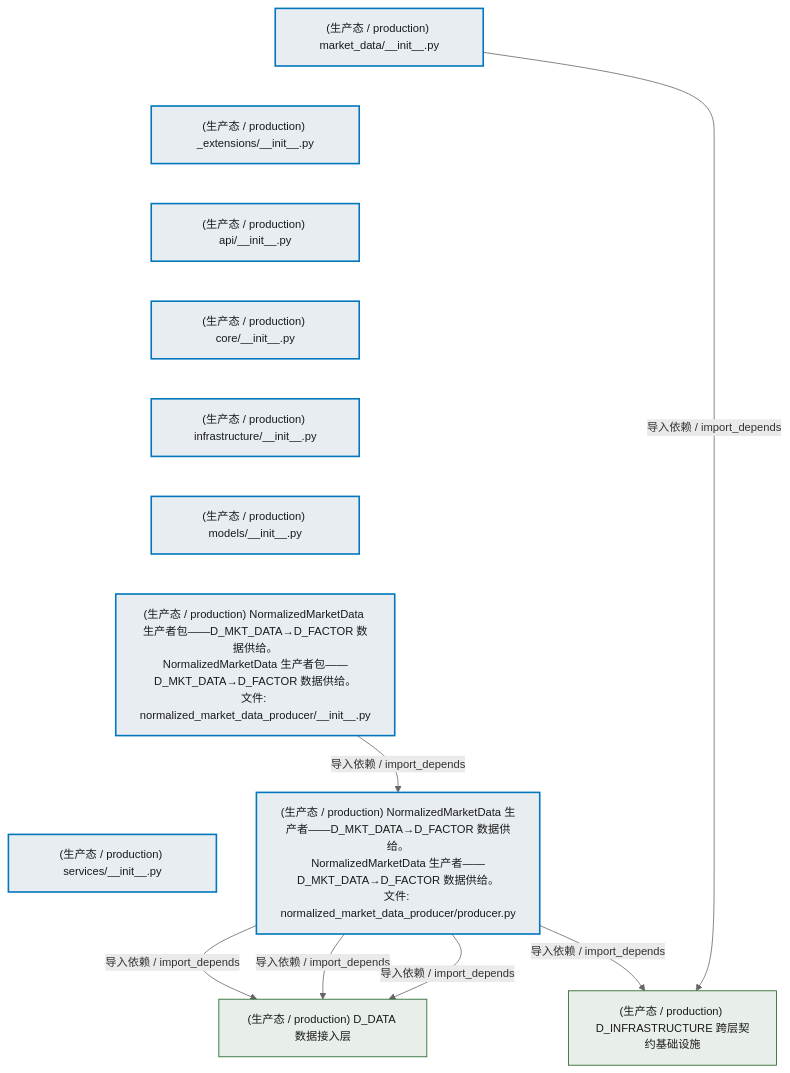
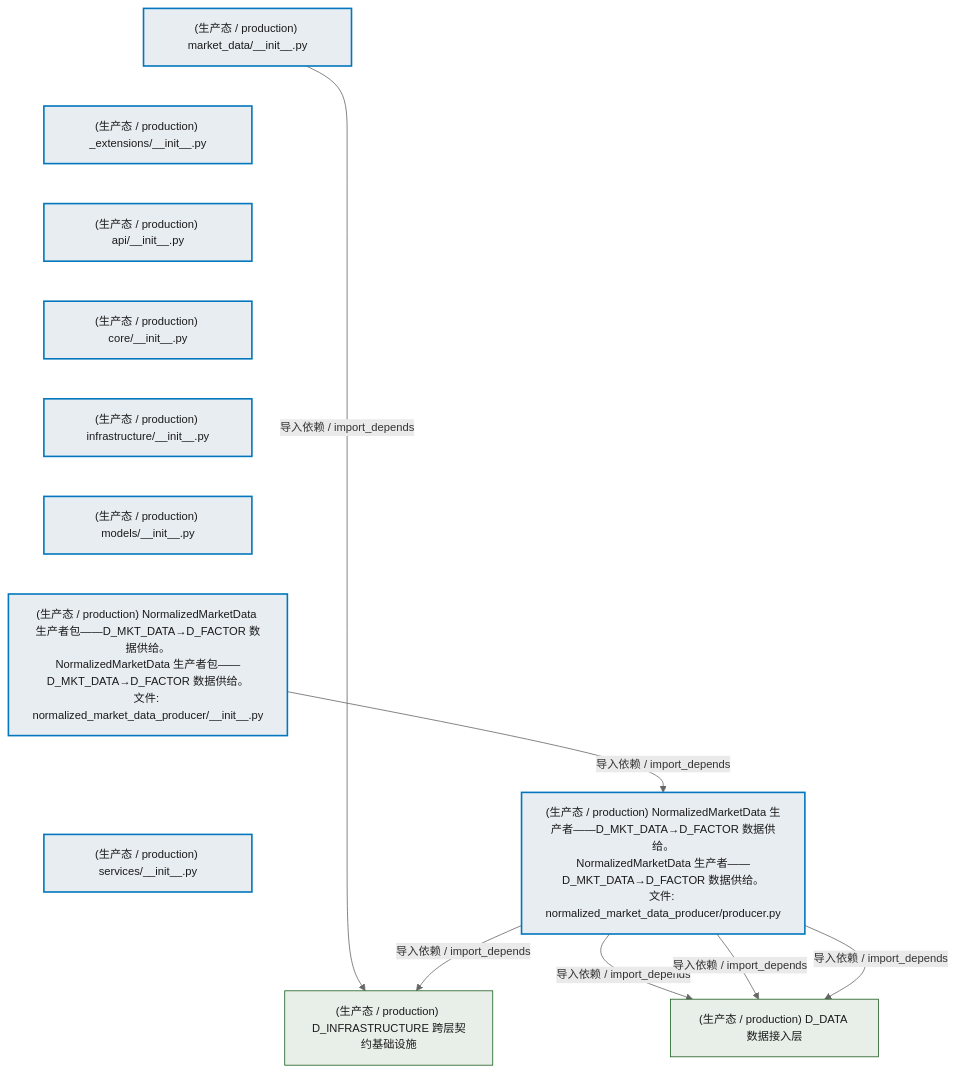
The first of 3 diagrams in docs/02_enterprise_architecture/02_domain_architecture_docs/23_d_mkt_data.md (xuanFelixVan/ZephyrAlpha), drawn with Mermaid before and after one commit. The commit also changed other lines of this file and 38 other files, not shown here.

````diff
--- a/docs/02_enterprise_architecture/02_domain_architecture_docs/23_d_mkt_data.md
+++ b/docs/02_enterprise_architecture/02_domain_architecture_docs/23_d_mkt_data.md
@@ -71,34 +71,34 @@
 ```mermaid
 %%{init: {'theme': 'base', 'themeVariables': {'primaryColor': '#eaeaea', 'primaryTextColor': '#333333', 'primaryBorderColor': '#666666', 'lineColor': '#666666', 'secondaryColor': '#eaeaea', 'tertiaryColor': '#eaeaea', 'fontSize': '14px'}}}%%
 flowchart TD
     src_zephyr_market_data_init_py["(生产态 / production) market_data/__init__.py"]
     src_zephyr_market_data_extensions_init_py["(生产态 / production) _extensions/__init__.py"]
     src_zephyr_market_data_api_init_py["(生产态 / production) api/__init__.py"]
     src_zephyr_market_data_core_init_py["(生产态 / production) core/__init__.py"]
     src_zephyr_market_data_infrastructure_init_py["(生产态 / production) infrastructure/__init__.py"]
     src_zephyr_market_data_models_init_py["(生产态 / production) models/__init__.py"]
     src_zephyr_market_data_normalized_market_data_producer_init_py["(生产态 / production) NormalizedMarketData 生产者包——D_MKT_DATA→D_FACTOR 数据供给。<br/>NormalizedMarketData 生产者包——D_MKT_DATA→D_FACTOR 数据供给。<br/>文件: normalized_market_data_producer/__init__.py"]
     src_zephyr_market_data_services_init_py["(生产态 / production) services/__init__.py"]
     src_zephyr_market_data_init_py ~~~ src_zephyr_market_data_extensions_init_py
     src_zephyr_market_data_extensions_init_py ~~~ src_zephyr_market_data_api_init_py
     src_zephyr_market_data_api_init_py ~~~ src_zephyr_market_data_core_init_py
     src_zephyr_market_data_core_init_py ~~~ src_zephyr_market_data_infrastructure_init_py
     src_zephyr_market_data_infrastructure_init_py ~~~ src_zephyr_market_data_models_init_py
     src_zephyr_market_data_models_init_py ~~~ src_zephyr_market_data_normalized_market_data_producer_init_py
     src_zephyr_market_data_normalized_market_data_producer_init_py ~~~ src_zephyr_market_data_services_init_py
     src_zephyr_market_data_normalized_market_data_producer_producer_py["(生产态 / production) NormalizedMarketData 生产者——D_MKT_DATA→D_FACTOR 数据供给。<br/>NormalizedMarketData 生产者——D_MKT_DATA→D_FACTOR 数据供给。<br/>文件: normalized_market_data_producer/producer.py"]
     src_zephyr_market_data_normalized_market_data_producer_init_py -->|导入依赖 / import_depends| src_zephyr_market_data_normalized_market_data_producer_producer_py
     D_INFRASTRUCTURE["(生产态 / production) D_INFRASTRUCTURE 跨层契约基础设施"]
+    src_zephyr_market_data_init_py -->|导入依赖 / import_depends| D_INFRASTRUCTURE
     src_zephyr_market_data_normalized_market_data_producer_producer_py -->|导入依赖 / import_depends| D_INFRASTRUCTURE
     D_DATA["(生产态 / production) D_DATA 数据接入层"]
     src_zephyr_market_data_normalized_market_data_producer_producer_py -->|导入依赖 / import_depends| D_DATA
     src_zephyr_market_data_normalized_market_data_producer_producer_py -->|导入依赖 / import_depends| D_DATA
     src_zephyr_market_data_normalized_market_data_producer_producer_py -->|导入依赖 / import_depends| D_DATA
-    src_zephyr_market_data_init_py -->|导入依赖 / import_depends| D_INFRASTRUCTURE
     classDef production fill:#e8edf2,stroke:#0277bd,stroke-width:2px,color:#1a1a1a
     classDef design fill:#f0ebe3,stroke:#bf360c,stroke-width:2px,color:#1a1a1a,stroke-dasharray: 5 5
     classDef external_prod fill:#e8efe9,stroke:#1b5e20,stroke-width:1px,color:#1a1a1a
     classDef external_design fill:#efe5ea,stroke:#880e4f,stroke-width:1px,color:#1a1a1a,stroke-dasharray: 5 5
     class src_zephyr_market_data_init_py,src_zephyr_market_data_extensions_init_py,src_zephyr_market_data_api_init_py,src_zephyr_market_data_core_init_py,src_zephyr_market_data_infrastructure_init_py,src_zephyr_market_data_models_init_py,src_zephyr_market_data_normalized_market_data_producer_init_py,src_zephyr_market_data_normalized_market_data_producer_producer_py,src_zephyr_market_data_services_init_py production
     class D_INFRASTRUCTURE,D_DATA external_prod
 ```
````
